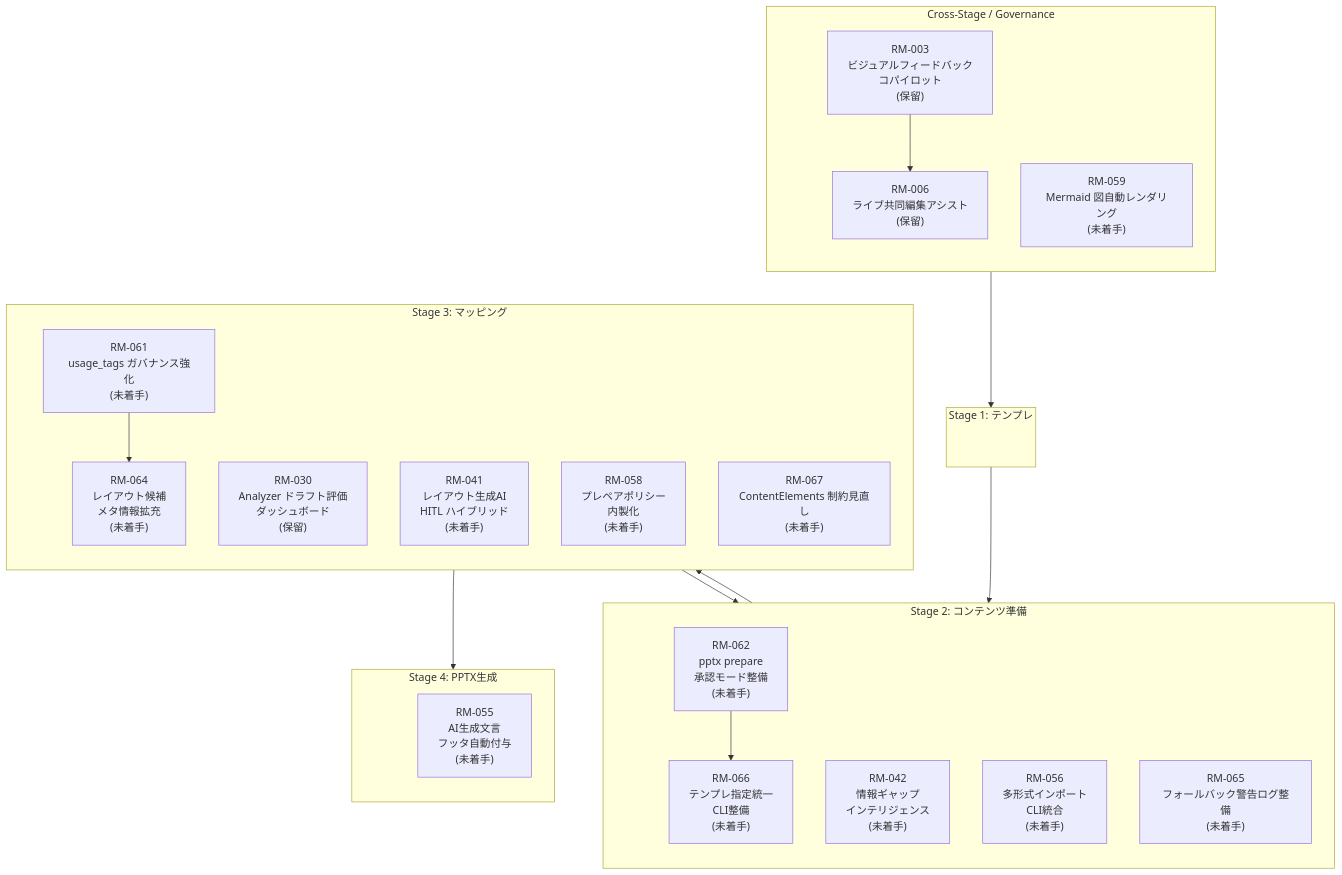
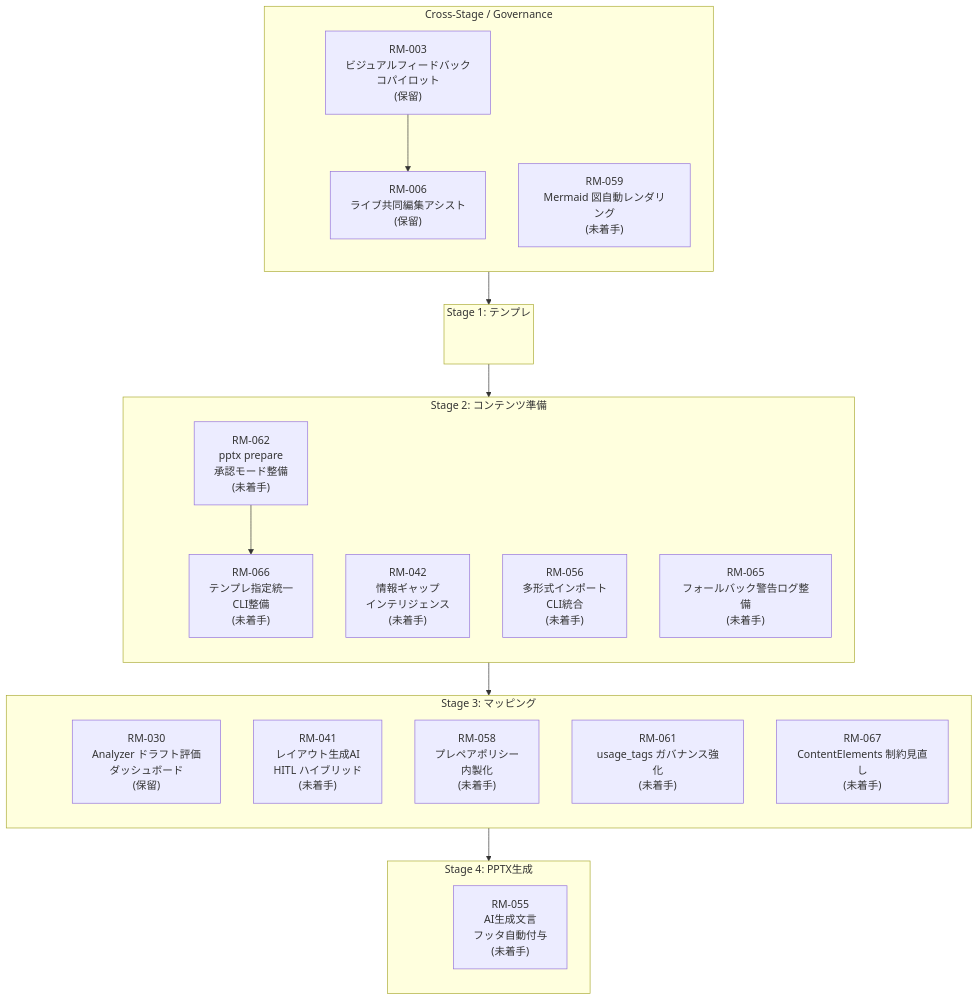
One commit to yurake/pptx_generator changed the diagram in docs/roadmap/roadmap.md. Above: the diagram before and after it, drawn with Mermaid. The commit also changed other lines of this file and 1 other file, not shown here.

````diff
--- a/docs/roadmap/roadmap.md
+++ b/docs/roadmap/roadmap.md
@@ -25,55 +25,52 @@
 ```mermaid
 flowchart TB
     subgraph GOV["Cross-Stage / Governance"]
         direction TB
         GOV_ANCHOR(( ))
         RM003["RM-003<br/>ビジュアルフィードバック<br/>コパイロット<br/>(保留)"]
         RM006["RM-006<br/>ライブ共同編集アシスト<br/>(保留)"]
         RM059["RM-059<br/>Mermaid 図自動レンダリング<br/>(未着手)"]
     end
 
     subgraph ST1["Stage 1: テンプレ"]
         direction TB
         ST1_ANCHOR(( ))
     end
 
     subgraph ST2["Stage 2: コンテンツ準備"]
         direction TB
         ST2_ANCHOR(( ))
         RM042["RM-042<br/>情報ギャップ<br/>インテリジェンス<br/>(未着手)"]
         RM056["RM-056<br/>多形式インポート<br/>CLI統合<br/>(未着手)"]
         RM062["RM-062<br/>pptx prepare<br/>承認モード整備<br/>(未着手)"]
         RM065["RM-065<br/>フォールバック警告ログ整備<br/>(未着手)"]
         RM066["RM-066<br/>テンプレ指定統一<br/>CLI整備<br/>(未着手)"]
     end
 
     subgraph ST3["Stage 3: マッピング"]
         direction TB
         ST3_ANCHOR(( ))
         RM030["RM-030<br/>Analyzer ドラフト評価<br/>ダッシュボード<br/>(保留)"]
         RM041["RM-041<br/>レイアウト生成AI<br/>HITL ハイブリッド<br/>(未着手)"]
         RM058["RM-058<br/>プレペアポリシー<br/>内製化<br/>(未着手)"]
         RM061["RM-061<br/>usage_tags ガバナンス強化<br/>(未着手)"]
-        RM064["RM-064<br/>レイアウト候補<br/>メタ情報拡充<br/>(未着手)"]
         RM067["RM-067<br/>ContentElements 制約見直し<br/>(未着手)"]
     end
 
     subgraph ST4["Stage 4: PPTX生成"]
         direction TB
         ST4_ANCHOR(( ))
         RM055["RM-055<br/>AI生成文言<br/>フッタ自動付与<br/>(未着手)"]
     end
 
     style GOV_ANCHOR fill:transparent,stroke:transparent
     style ST1_ANCHOR fill:transparent,stroke:transparent
     style ST2_ANCHOR fill:transparent,stroke:transparent
     style ST3_ANCHOR fill:transparent,stroke:transparent
     style ST4_ANCHOR fill:transparent,stroke:transparent
 
     GOV_ANCHOR --> ST1_ANCHOR --> ST2_ANCHOR --> ST3_ANCHOR --> ST4_ANCHOR
 
     RM003 --> RM006
-    RM061 --> RM064
-    RM064 --> RM065
     RM062 --> RM066
 ```
````
